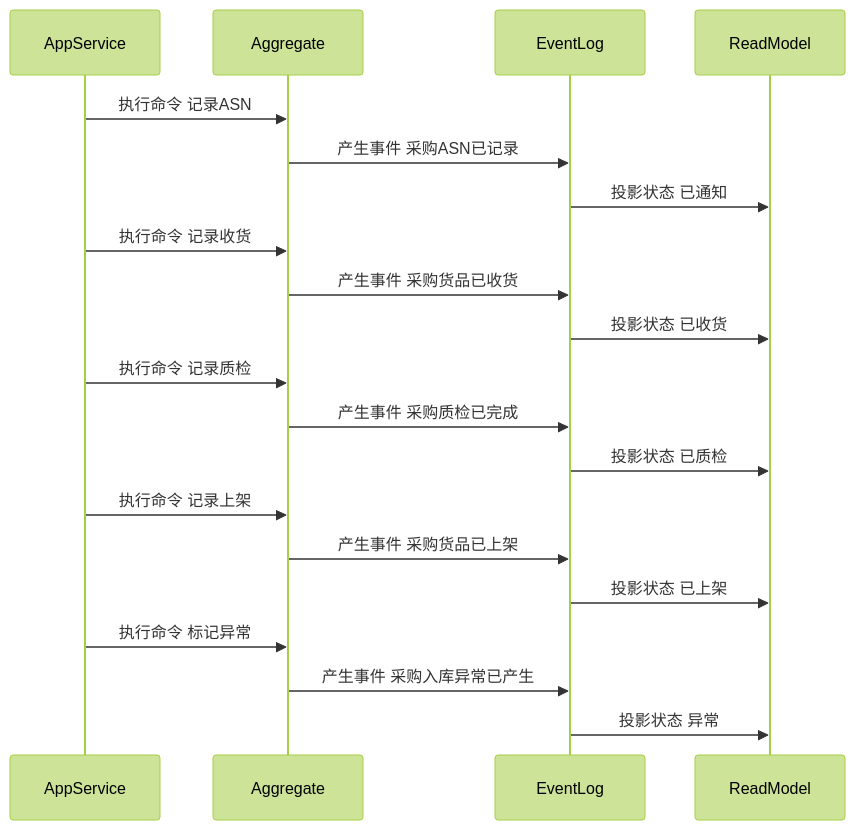
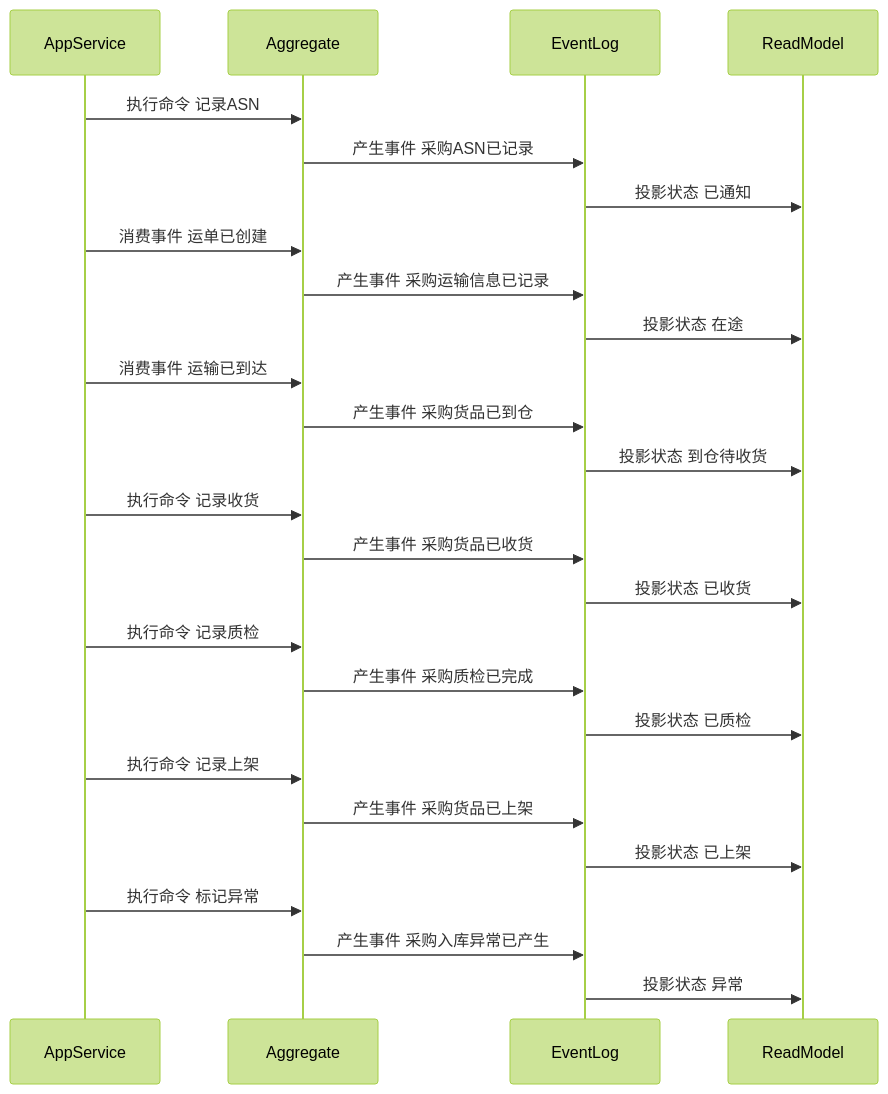
The sixth of 6 diagrams in docs/03-核心业务模型/02-采购领域模型/09-入库跟踪聚合CQRS设计.md (chao1927/scm), drawn with Mermaid (forest theme) before and after one commit. The commit also changed other lines of this file and 118 other files, not shown here.

````diff
--- a/docs/03-核心业务模型/02-采购领域模型/09-入库跟踪聚合CQRS设计.md
+++ b/docs/03-核心业务模型/02-采购领域模型/09-入库跟踪聚合CQRS设计.md
@@ -256,23 +272,29 @@
 ```mermaid
 sequenceDiagram
     participant AppService
     participant Aggregate
     participant EventLog
     participant ReadModel
 
     AppService->>Aggregate: 执行命令 记录ASN
     Aggregate->>EventLog: 产生事件 采购ASN已记录
     EventLog->>ReadModel: 投影状态 已通知
+    AppService->>Aggregate: 消费事件 运单已创建
+    Aggregate->>EventLog: 产生事件 采购运输信息已记录
+    EventLog->>ReadModel: 投影状态 在途
+    AppService->>Aggregate: 消费事件 运输已到达
+    Aggregate->>EventLog: 产生事件 采购货品已到仓
+    EventLog->>ReadModel: 投影状态 到仓待收货
     AppService->>Aggregate: 执行命令 记录收货
     Aggregate->>EventLog: 产生事件 采购货品已收货
     EventLog->>ReadModel: 投影状态 已收货
     AppService->>Aggregate: 执行命令 记录质检
     Aggregate->>EventLog: 产生事件 采购质检已完成
     EventLog->>ReadModel: 投影状态 已质检
     AppService->>Aggregate: 执行命令 记录上架
     Aggregate->>EventLog: 产生事件 采购货品已上架
     EventLog->>ReadModel: 投影状态 已上架
     AppService->>Aggregate: 执行命令 标记异常
     Aggregate->>EventLog: 产生事件 采购入库异常已产生
     EventLog->>ReadModel: 投影状态 异常
 ```
````
